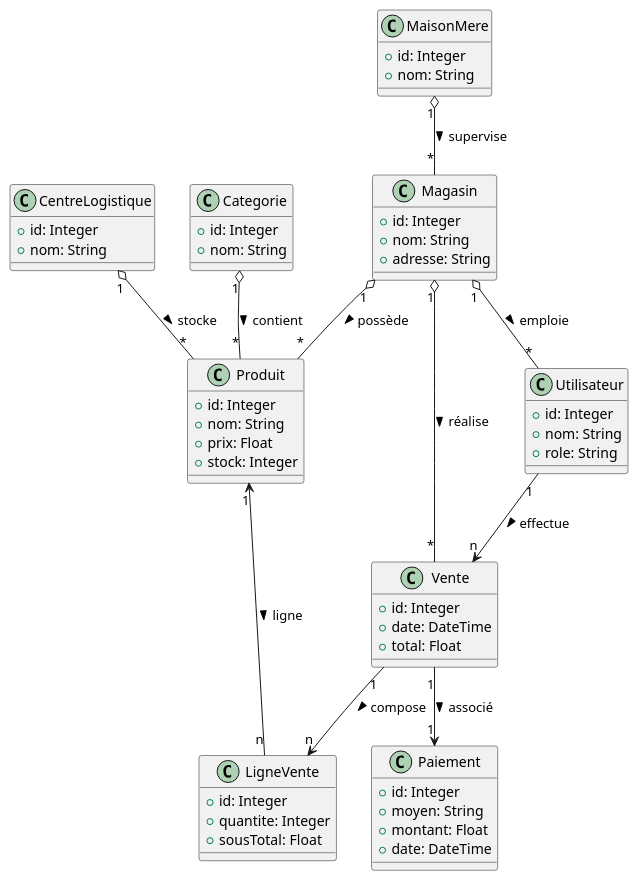
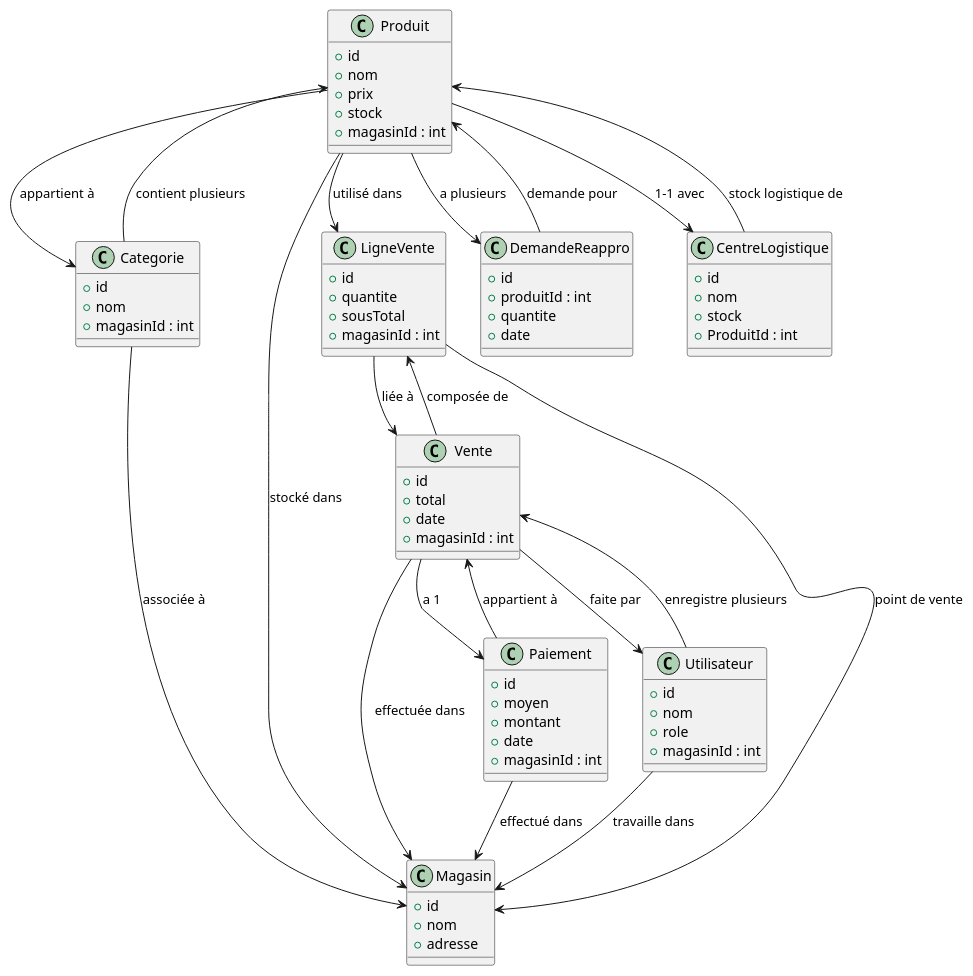
One commit to tahabeniffou/LOG430_Lab0_TB changed the diagram in docs/VueLogique.puml. Above: the diagram before and after it, drawn with PlantUML.

```diff
--- a/docs/VueLogique.puml
+++ b/docs/VueLogique.puml
@@ -1,67 +1,95 @@
-@startuml VueLogiquePOS_Étendue
+@startuml
 
-class MaisonMere {
-  +id: Integer
-  +nom: String
+class Produit {
+  +id
+  +nom
+  +prix
+  +stock
+  +magasinId : int
+}
+
+class Categorie {
+  +id
+  +nom
+  +magasinId : int
 }
 
 class Magasin {
-  +id: Integer
-  +nom: String
-  +adresse: String
+  +id
+  +nom
+  +adresse
+}
+
+class Vente {
+  +id
+  +total
+  +date
+  +magasinId : int
+}
+
+class LigneVente {
+  +id
+  +quantite
+  +sousTotal
+  +magasinId : int
+}
+
+class Paiement {
+  +id
+  +moyen
+  +montant
+  +date
+  +magasinId : int
+}
+
+class Utilisateur {
+  +id
+  +nom
+  +role
+  +magasinId : int
+}
+
+class DemandeReappro {
+  +id
+  +produitId : int
+  +quantite
+  +date
 }
 
 class CentreLogistique {
-  +id: Integer
-  +nom: String
+  +id
+  +nom
+  +stock
+  +ProduitId : int
 }
 
-class Produit {
-  +id: Integer
-  +nom: String
-  +prix: Float
-  +stock: Integer
-}
+' Relations
 
-class Categorie {
-  +id: Integer
-  +nom: String
-}
+Produit --> Categorie : appartient à
+Categorie --> Produit : contient plusieurs
 
-class Vente {
-  +id: Integer
-  +date: DateTime
-  +total: Float
-}
+Produit --> Magasin : stocké dans
+Produit --> LigneVente : utilisé dans
+Produit --> CentreLogistique : 1-1 avec
 
-class LigneVente {
-  +id: Integer
-  +quantite: Integer
-  +sousTotal: Float
-}
+LigneVente --> Vente : liée à
+Vente --> LigneVente : composée de
 
-class Utilisateur {
-  +id: Integer
-  +nom: String
-  +role: String
-}
+Vente --> Paiement : a 1
+Paiement --> Vente : appartient à
 
-class Paiement {
-  +id: Integer
-  +moyen: String
-  +montant: Float
-  +date: DateTime
-}
+Vente --> Utilisateur : faite par
+Utilisateur --> Vente : enregistre plusieurs
 
-MaisonMere "1" o-- "*" Magasin : supervise >
-Magasin "1" o-- "*" Produit : possède >
-Magasin "1" o-- "*" Utilisateur : emploie >
-Magasin "1" o-- "*" Vente : réalise >
-Categorie "1" o-- "*" Produit : contient >
-Produit "1" <-- "n" LigneVente : ligne >
-Vente "1" --> "n" LigneVente : compose >
-Vente "1" --> "1" Paiement : associé >
-Utilisateur "1" --> "n" Vente : effectue >
-CentreLogistique "1" o-- "*" Produit : stocke >
+DemandeReappro --> Produit : demande pour
+Produit --> DemandeReappro : a plusieurs
+
+CentreLogistique --> Produit : stock logistique de
+
+Utilisateur --> Magasin : travaille dans
+Categorie --> Magasin : associée à
+Vente --> Magasin : effectuée dans
+Paiement --> Magasin : effectué dans
+LigneVente --> Magasin : point de vente
 
 @enduml
```
